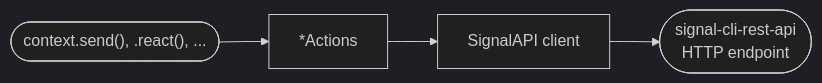
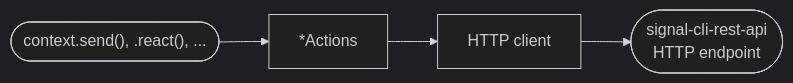
The second of 3 diagrams in docs/02_concepts.md (TabError/signalbot), drawn with Mermaid (dark theme) before and after one commit. The commit also changed other lines of this file, not shown here.

````diff
--- a/docs/02_concepts.md
+++ b/docs/02_concepts.md
@@ -26,7 +24,7 @@
 ```mermaid
 %%{init: {"flowchart": {"useMaxWidth": false}}}%%
 flowchart LR
     Call(["context.send(), .react(), ..."]) --> Actions["*Actions"]
-    Actions --> Client["SignalAPI client"]
+    Actions --> Client["HTTP client"]
     Client --> HTTP(["signal-cli-rest-api<br/>HTTP endpoint"])
 ```
````
